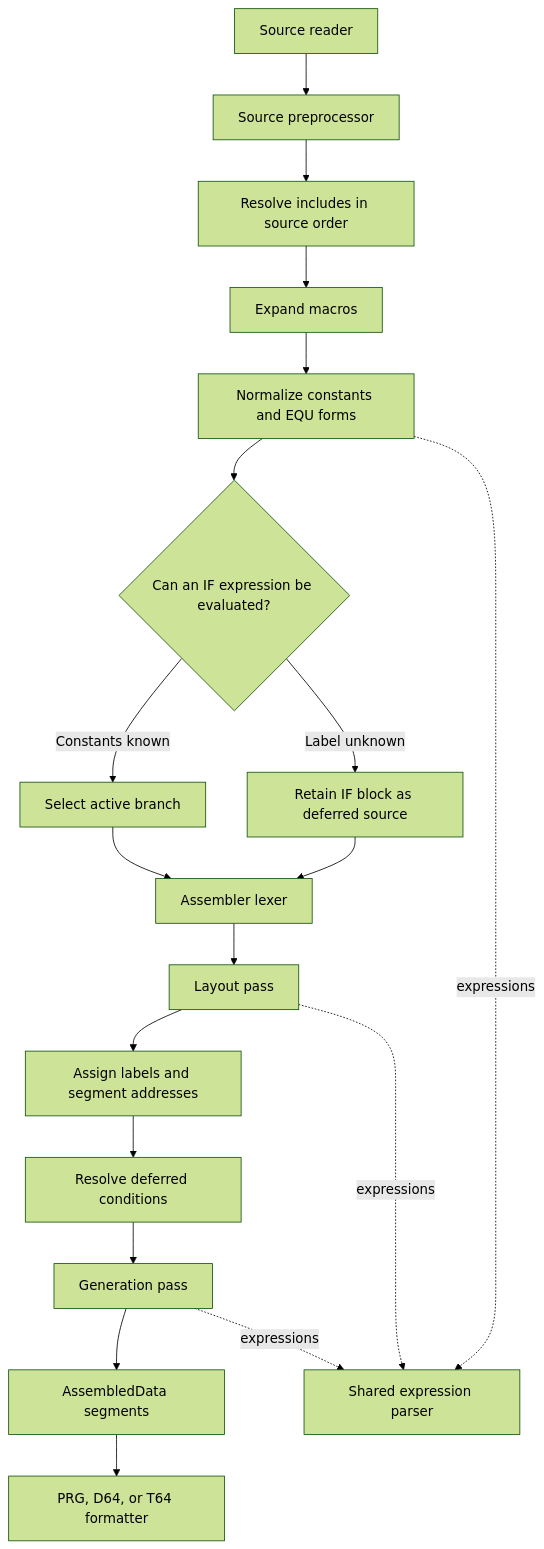
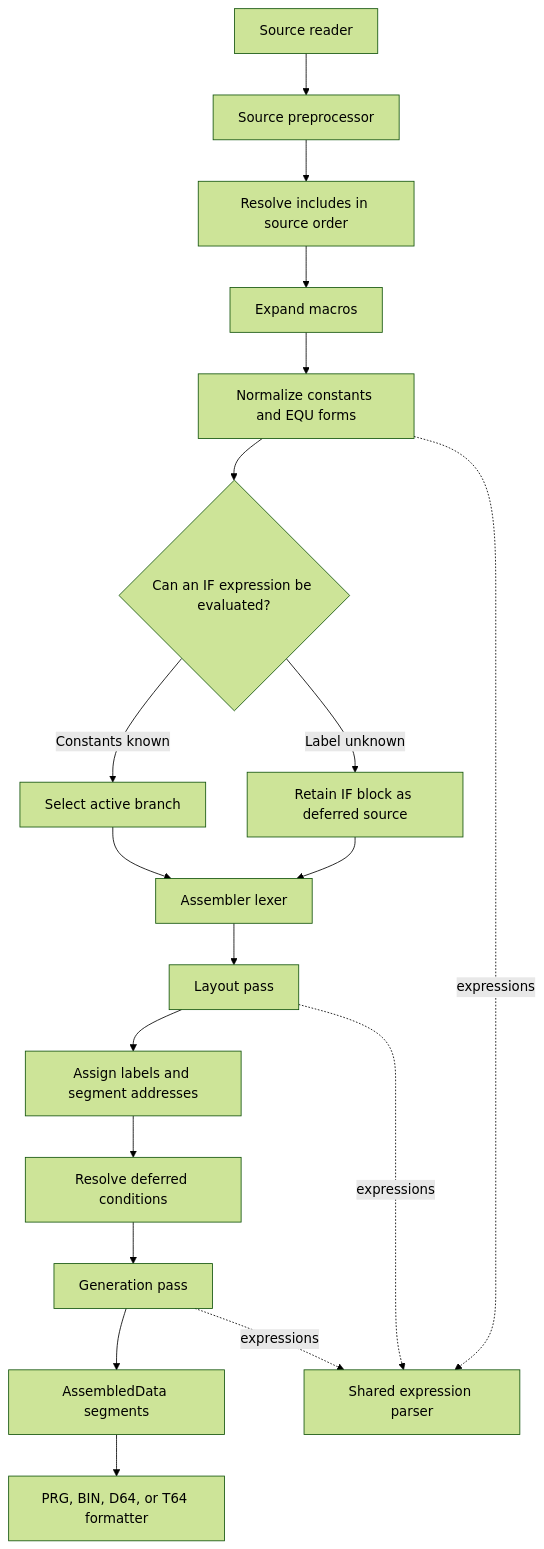
One commit to jrsteele09/go-6502-emulator changed the second of 2 diagrams in assembler/README.md. Above: the diagram before and after it, drawn with Mermaid (forest theme). The commit also changed other lines of this file and 10 other files, not shown here.

````diff
--- a/assembler/README.md
+++ b/assembler/README.md
@@ -165,22 +167,22 @@
 ```mermaid
 flowchart TD
     A[Source reader] --> B[Source preprocessor]
     B --> B1[Resolve includes in source order]
     B1 --> B2[Expand macros]
     B2 --> B3[Normalize constants and EQU forms]
     B3 --> B4{Can an IF expression be evaluated?}
     B4 -->|Constants known| B5[Select active branch]
     B4 -->|Label unknown| B6[Retain IF block as deferred source]
     B5 --> C[Assembler lexer]
     B6 --> C
     C --> E[Layout pass]
     E --> E1[Assign labels and segment addresses]
     E1 --> E2[Resolve deferred conditions]
     E2 --> F[Generation pass]
     F --> G[AssembledData segments]
-    G --> H[PRG, D64, or T64 formatter]
+    G --> H[PRG, BIN, D64, or T64 formatter]
     D[Shared expression parser]
     B3 -. expressions .-> D
     E -. expressions .-> D
     F -. expressions .-> D
 ```
````
